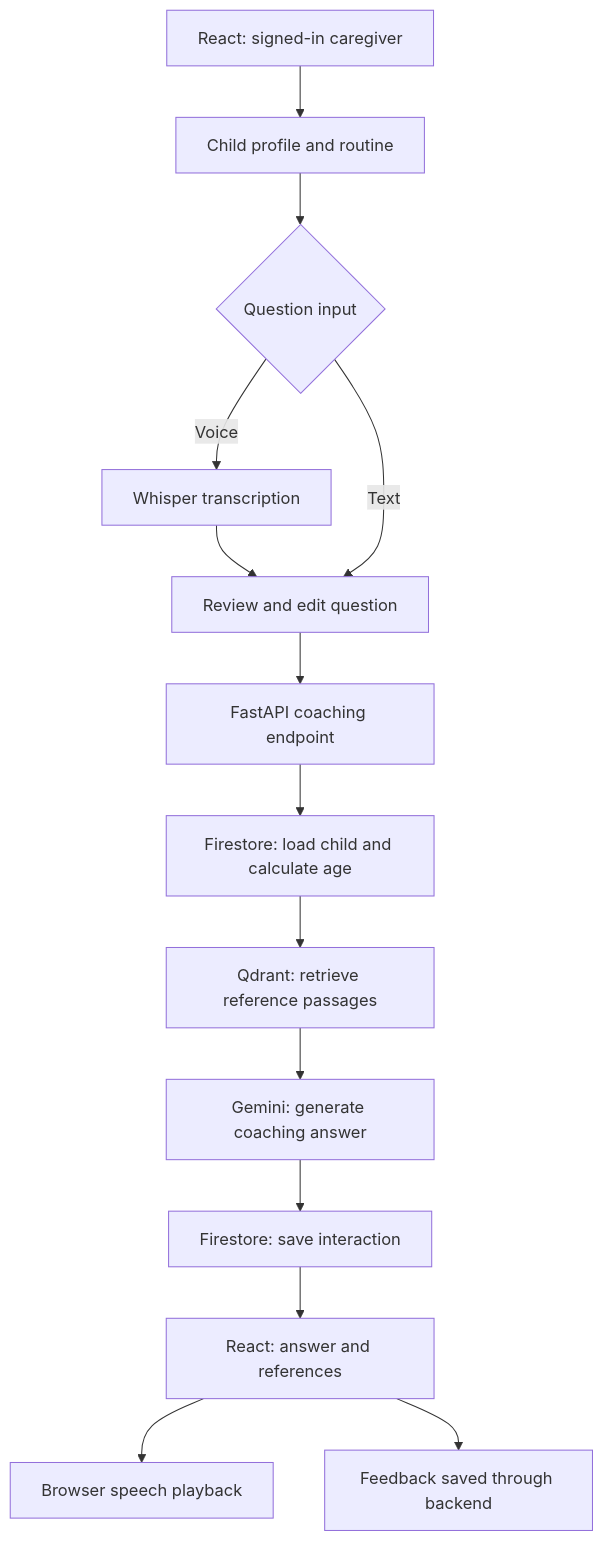
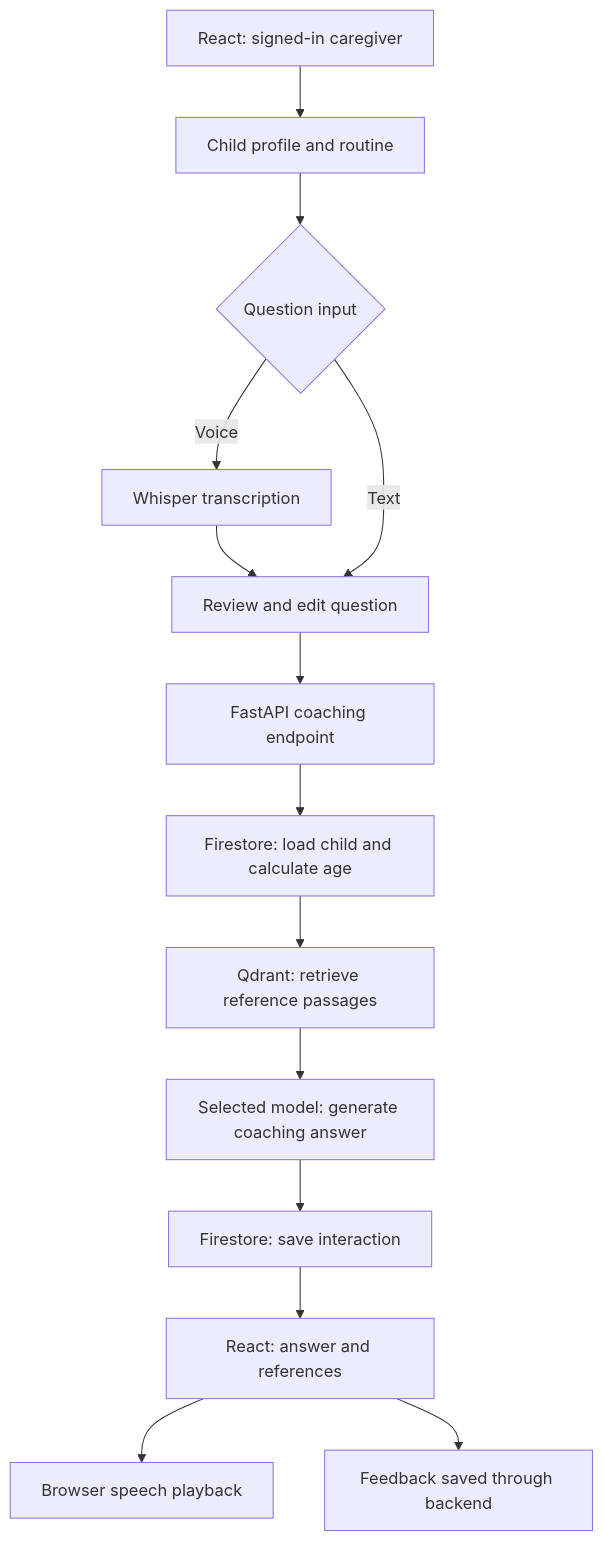
The diagram in README.md (Vinit-Rabadiya/parenting-voice-assistant), drawn with Mermaid before and after one commit. The commit also changed other lines of this file and 135 other files, not shown here.

````diff
--- a/README.md
+++ b/README.md
@@ -100,16 +139,16 @@
 ```mermaid
 flowchart TD
     A[React: signed-in caregiver] --> B[Child profile and routine]
     B --> C{Question input}
     C -->|Voice| D[Whisper transcription]
     D --> E[Review and edit question]
     C -->|Text| E
     E --> F[FastAPI coaching endpoint]
     F --> G[Firestore: load child and calculate age]
     G --> H[Qdrant: retrieve reference passages]
-    H --> I[Gemini: generate coaching answer]
+    H --> I[Selected model: generate coaching answer]
     I --> J[Firestore: save interaction]
     J --> K[React: answer and references]
     K --> L[Browser speech playback]
     K --> M[Feedback saved through backend]
 ```
````
